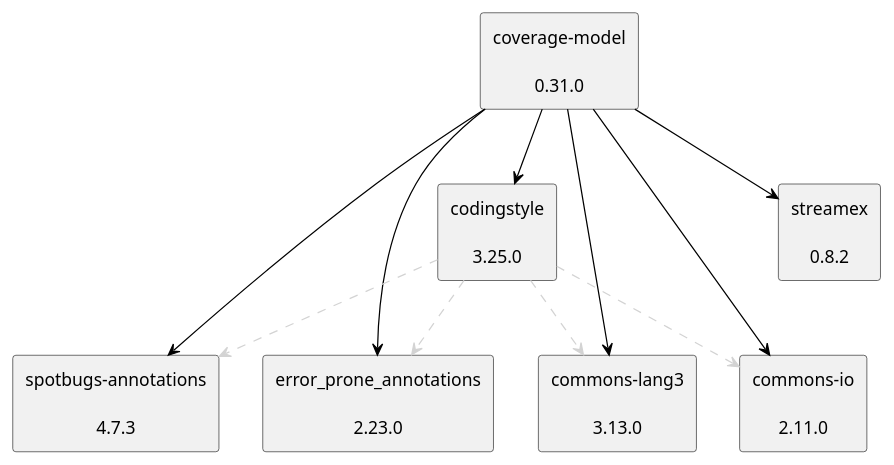
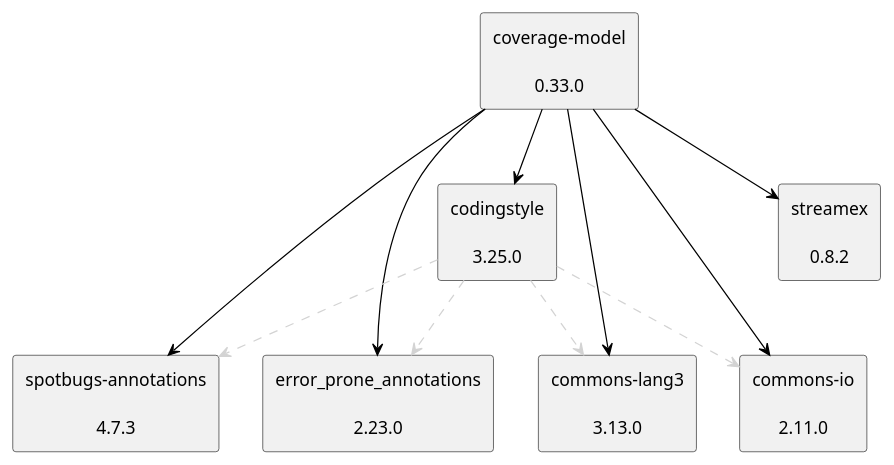
One commit to jenkinsci/coverage-model changed the diagram in doc/dependency-graph.puml. Above: the diagram before and after it, drawn with PlantUML.

Commit message:
Update dependencies.

```diff
--- a/doc/dependency-graph.puml
+++ b/doc/dependency-graph.puml
@@ -1,26 +1,26 @@
 @startuml
 skinparam defaultTextAlignment center
 skinparam rectangle {
   BackgroundColor<<optional>> beige
   BackgroundColor<<test>> lightGreen
   BackgroundColor<<runtime>> lightBlue
   BackgroundColor<<provided>> lightGray
 }
-rectangle "coverage-model\n\n0.31.0" as edu_hm_hafner_coverage_model_jar
+rectangle "coverage-model\n\n0.33.0" as edu_hm_hafner_coverage_model_jar
 rectangle "spotbugs-annotations\n\n4.7.3" as com_github_spotbugs_spotbugs_annotations_jar
 rectangle "error_prone_annotations\n\n2.23.0" as com_google_errorprone_error_prone_annotations_jar
 rectangle "streamex\n\n0.8.2" as one_util_streamex_jar
 rectangle "codingstyle\n\n3.25.0" as edu_hm_hafner_codingstyle_jar
 rectangle "commons-lang3\n\n3.13.0" as org_apache_commons_commons_lang3_jar
 rectangle "commons-io\n\n2.11.0" as commons_io_commons_io_jar
 edu_hm_hafner_coverage_model_jar -[#000000]-> com_github_spotbugs_spotbugs_annotations_jar
 edu_hm_hafner_coverage_model_jar -[#000000]-> com_google_errorprone_error_prone_annotations_jar
 edu_hm_hafner_coverage_model_jar -[#000000]-> one_util_streamex_jar
 edu_hm_hafner_codingstyle_jar .[#D3D3D3].> com_github_spotbugs_spotbugs_annotations_jar
 edu_hm_hafner_codingstyle_jar .[#D3D3D3].> com_google_errorprone_error_prone_annotations_jar
 edu_hm_hafner_codingstyle_jar .[#D3D3D3].> org_apache_commons_commons_lang3_jar
 edu_hm_hafner_codingstyle_jar .[#D3D3D3].> commons_io_commons_io_jar
 edu_hm_hafner_coverage_model_jar -[#000000]-> edu_hm_hafner_codingstyle_jar
 edu_hm_hafner_coverage_model_jar -[#000000]-> org_apache_commons_commons_lang3_jar
 edu_hm_hafner_coverage_model_jar -[#000000]-> commons_io_commons_io_jar
 @enduml
```
